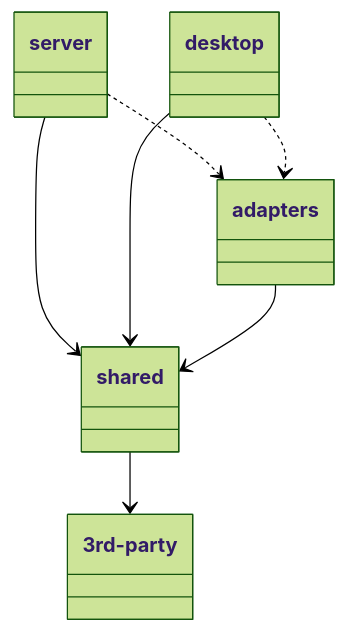
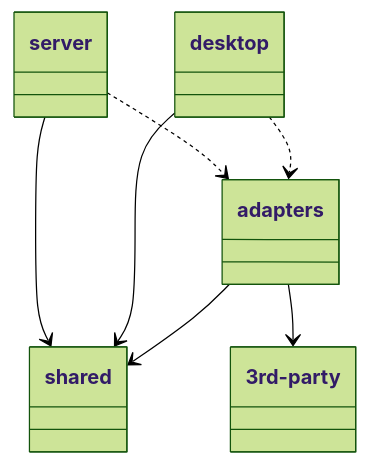
One commit to praktikantonelli/promethea changed the diagram in backend/README.md. Above: the diagram before and after it, drawn with Mermaid (forest theme).

Commit message:
fix(docs): shared crate should NOT depend on 3rd-party crates, adapters does

````diff
--- a/backend/README.md
+++ b/backend/README.md
@@ -21,17 +21,17 @@
 ```mermaid
 classDiagram
 
 
 class adapters
 class server
 class desktop
 class shared
 class 3rd-party
 
 server --> shared
 server ..> adapters
 desktop --> shared
 desktop ..> adapters
 adapters --> shared
-shared -->3rd-party
+adapters -->3rd-party
 ```
````
